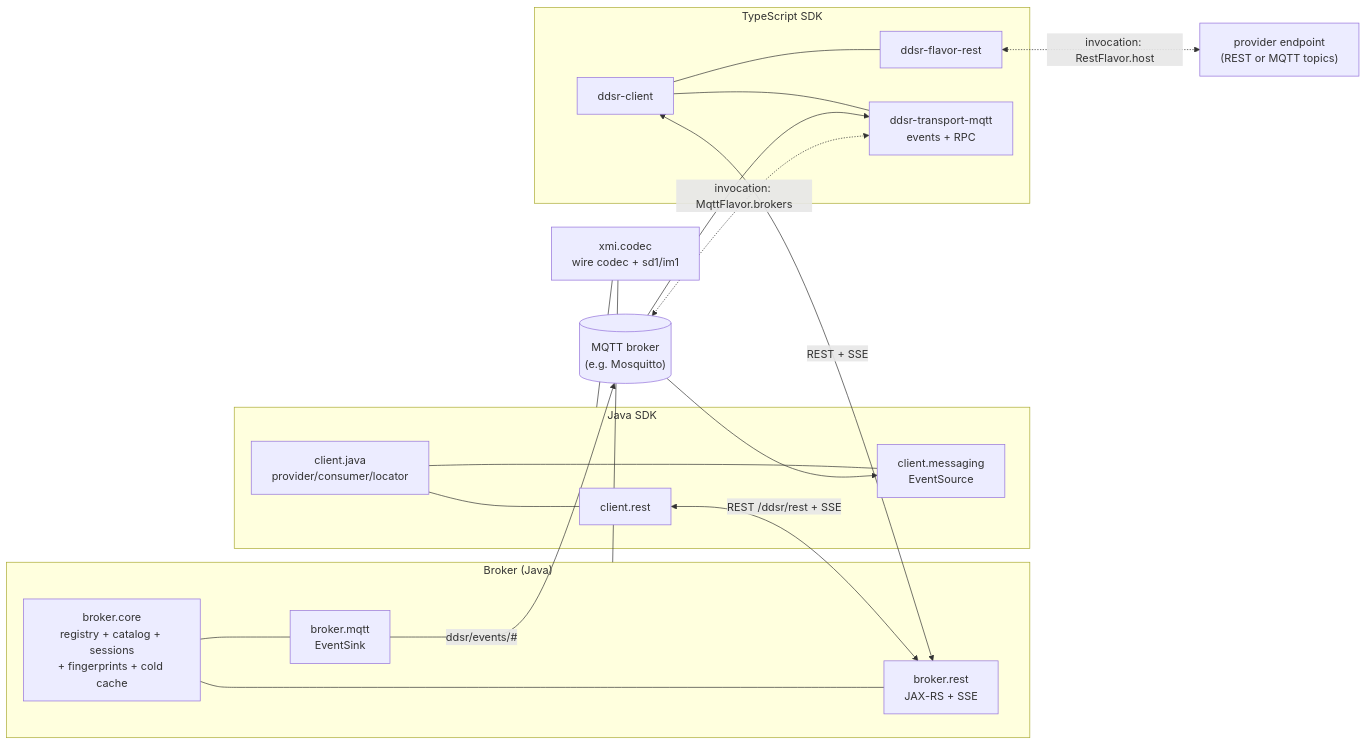
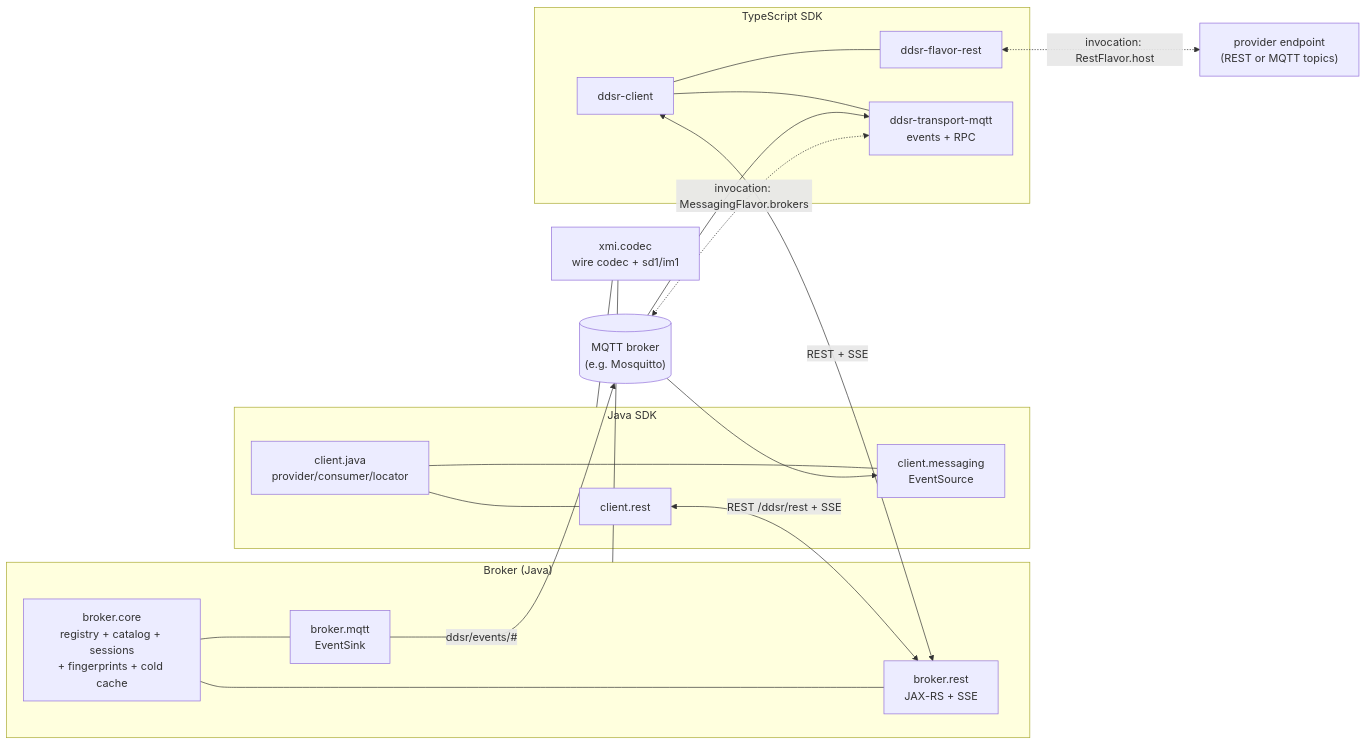
One commit to eclipse-fennec/emf.services changed the first of 3 diagrams in docs/ARCHITECTURE.md. Above: the diagram before and after it, drawn with Mermaid. The commit also changed other lines of this file and 111 other files, not shown here.

First line of the commit message:
feat(model)!: one MessagingFlavor for everything that travels over a broker

````diff
--- a/docs/ARCHITECTURE.md
+++ b/docs/ARCHITECTURE.md
@@ -14,34 +14,34 @@
 ```mermaid
 flowchart LR
   subgraph Broker["Broker (Java)"]
     core["broker.core<br/>registry + catalog + sessions<br/>+ fingerprints + cold cache"]
     rest["broker.rest<br/>JAX-RS + SSE"]
     bmqtt["broker.mqtt<br/>EventSink"]
     core --- rest
     core --- bmqtt
   end
   codec["xmi.codec<br/>wire codec + sd1/im1"]
   subgraph JavaSDK["Java SDK"]
     cj["client.java<br/>provider/consumer/locator"]
     cr["client.rest"]
     cm["client.messaging<br/>EventSource"]
     cj --- cr
     cj --- cm
   end
   subgraph TS["TypeScript SDK"]
     tsc["ddsr-client"]
     tsr["ddsr-flavor-rest"]
     tsm["ddsr-transport-mqtt<br/>events + RPC"]
     tsc --- tsr
     tsc --- tsm
   end
   cr <-- "REST /ddsr/rest + SSE" --> rest
   tsc <-- "REST + SSE" --> rest
   bmqtt -- "ddsr/events/#" --> mq[("MQTT broker<br/>(e.g. Mosquitto)")]
   mq --> cm
   mq --> tsm
   tsr <-. "invocation: RestFlavor.host" .-> prov["provider endpoint<br/>(REST or MQTT topics)"]
-  tsm <-. "invocation: MqttFlavor.brokers" .-> mq
+  tsm <-. "invocation: MessagingFlavor.brokers" .-> mq
   Broker --- codec
   JavaSDK --- codec
 ```
````
